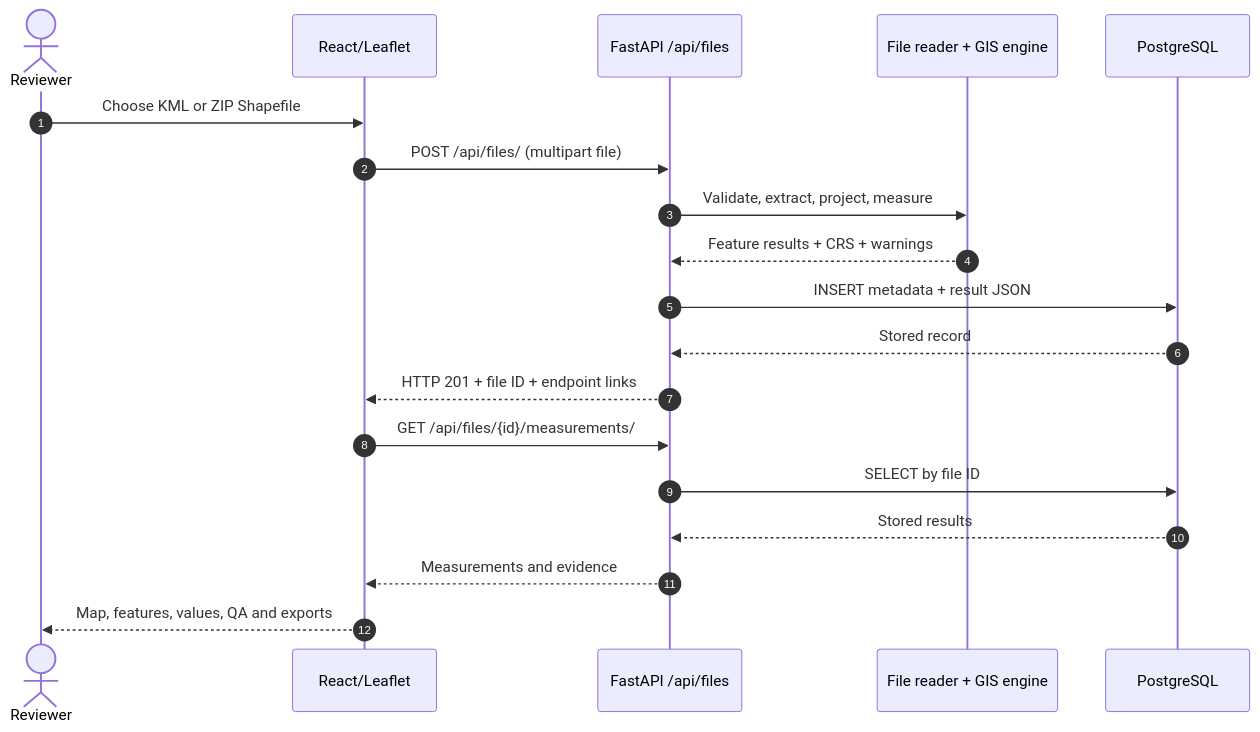
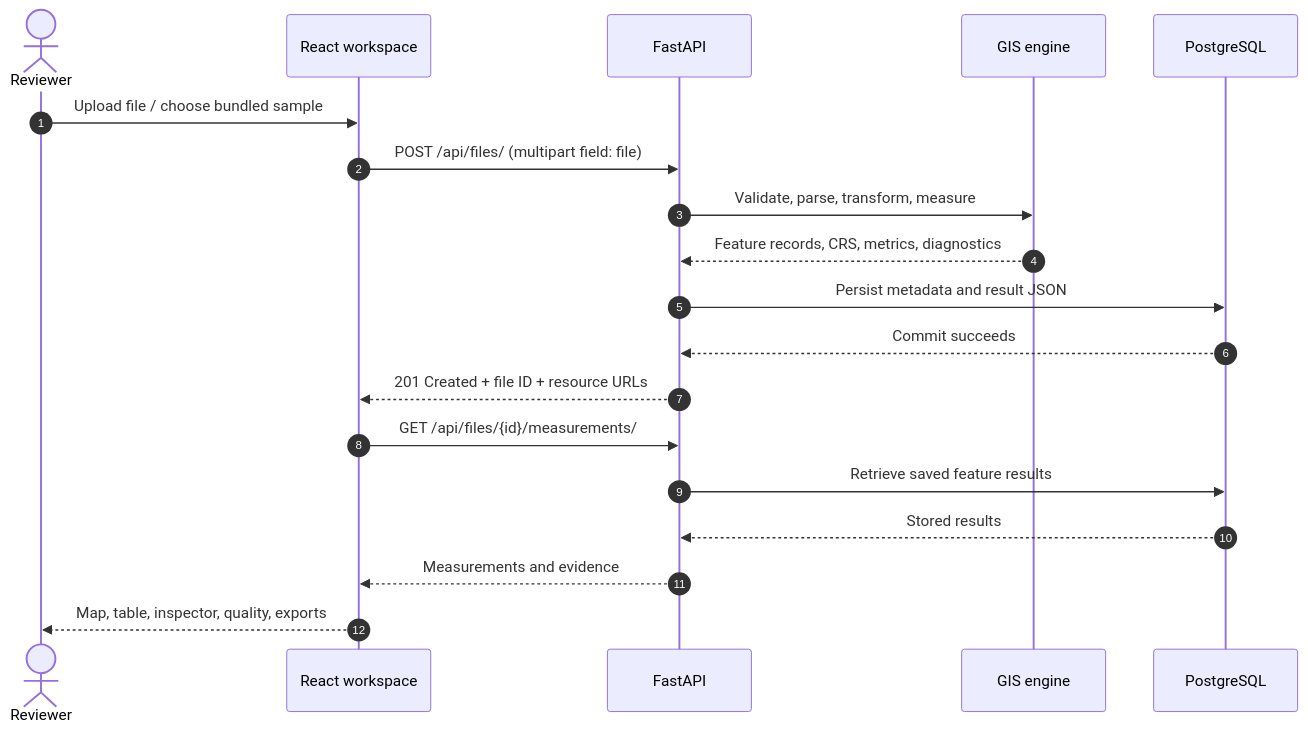
The second of 4 diagrams in README.md (dhanushgowdars/Spatial-Asset-Management-Platform), drawn with Mermaid before and after one commit. The commit also changed other lines of this file and 8 other files, not shown here.

Commit message:
docs(aereo): showcase GeoInsight architecture and verified UI results

````diff
--- a/README.md
+++ b/README.md
@@ -169,21 +187,21 @@
 ```mermaid
 sequenceDiagram
     autonumber
-    actor Reviewer
-    participant React as React/Leaflet
-    participant FastAPI as FastAPI /api/files
-    participant GIS as File reader + GIS engine
+    actor R as Reviewer
+    participant UI as React workspace
+    participant API as FastAPI
+    participant GIS as GIS engine
     participant DB as PostgreSQL
-    Reviewer->>React: Choose KML or ZIP Shapefile
-    React->>FastAPI: POST /api/files/ (multipart file)
-    FastAPI->>GIS: Validate, extract, project, measure
-    GIS-->>FastAPI: Feature results + CRS + warnings
-    FastAPI->>DB: INSERT metadata + result JSON
-    DB-->>FastAPI: Stored record
-    FastAPI-->>React: HTTP 201 + file ID + endpoint links
-    React->>FastAPI: GET /api/files/{id}/measurements/
-    FastAPI->>DB: SELECT by file ID
-    DB-->>FastAPI: Stored results
-    FastAPI-->>React: Measurements and evidence
-    React-->>Reviewer: Map, features, values, QA and exports
+    R->>UI: Upload file / choose bundled sample
+    UI->>API: POST /api/files/ (multipart field: file)
+    API->>GIS: Validate, parse, transform, measure
+    GIS-->>API: Feature records, CRS, metrics, diagnostics
+    API->>DB: Persist metadata and result JSON
+    DB-->>API: Commit succeeds
+    API-->>UI: 201 Created + file ID + resource URLs
+    UI->>API: GET /api/files/{id}/measurements/
+    API->>DB: Retrieve saved feature results
+    DB-->>API: Stored results
+    API-->>UI: Measurements and evidence
+    UI-->>R: Map, table, inspector, quality, exports
 ```
````
